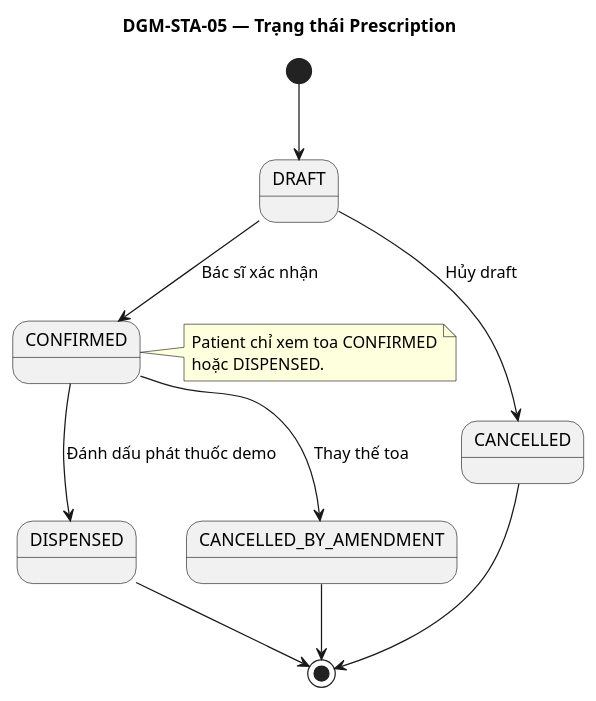
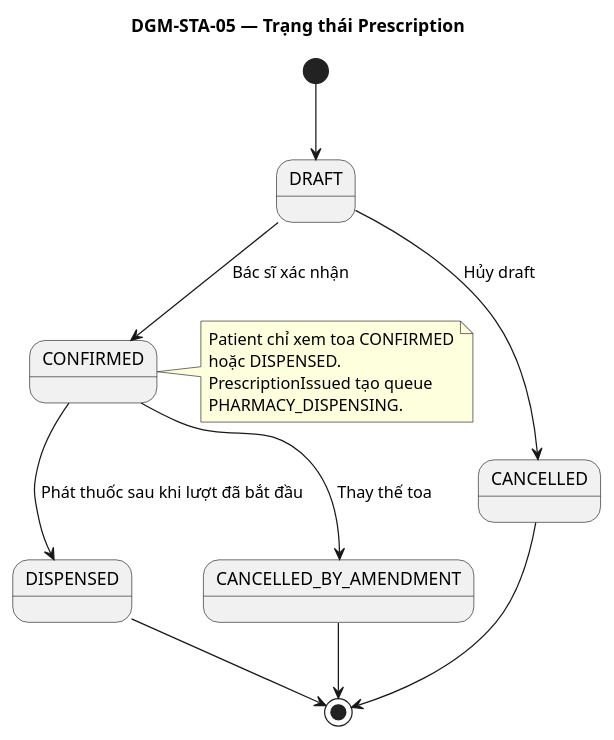
The diagram in docs/report/chapter-03/diagrams/state/dgm-sta-05-prescription.puml (ntkhai268/careflow), drawn with PlantUML before and after one commit. The commit also changed 18 other files, not shown here.

Commit message:
docs: refine queue types and pharmacy dispensing flow

```diff
--- a/docs/report/chapter-03/diagrams/state/dgm-sta-05-prescription.puml
+++ b/docs/report/chapter-03/diagrams/state/dgm-sta-05-prescription.puml
@@ -1,20 +1,22 @@
 @startuml
 title DGM-STA-05 — Trạng thái Prescription
 skinparam backgroundColor white
 skinparam shadowing false
 skinparam defaultFontName Arial
 
 [*] --> DRAFT
 DRAFT --> CONFIRMED : Bác sĩ xác nhận
 DRAFT --> CANCELLED : Hủy draft
-CONFIRMED --> DISPENSED : Đánh dấu phát thuốc demo
+CONFIRMED --> DISPENSED : Phát thuốc sau khi lượt đã bắt đầu
 CONFIRMED --> CANCELLED_BY_AMENDMENT : Thay thế toa
 DISPENSED --> [*]
 CANCELLED --> [*]
 CANCELLED_BY_AMENDMENT --> [*]
 
 note right of CONFIRMED
   Patient chỉ xem toa CONFIRMED
   hoặc DISPENSED.
+  PrescriptionIssued tạo queue
+  PHARMACY_DISPENSING.
 end note
 @enduml
```
